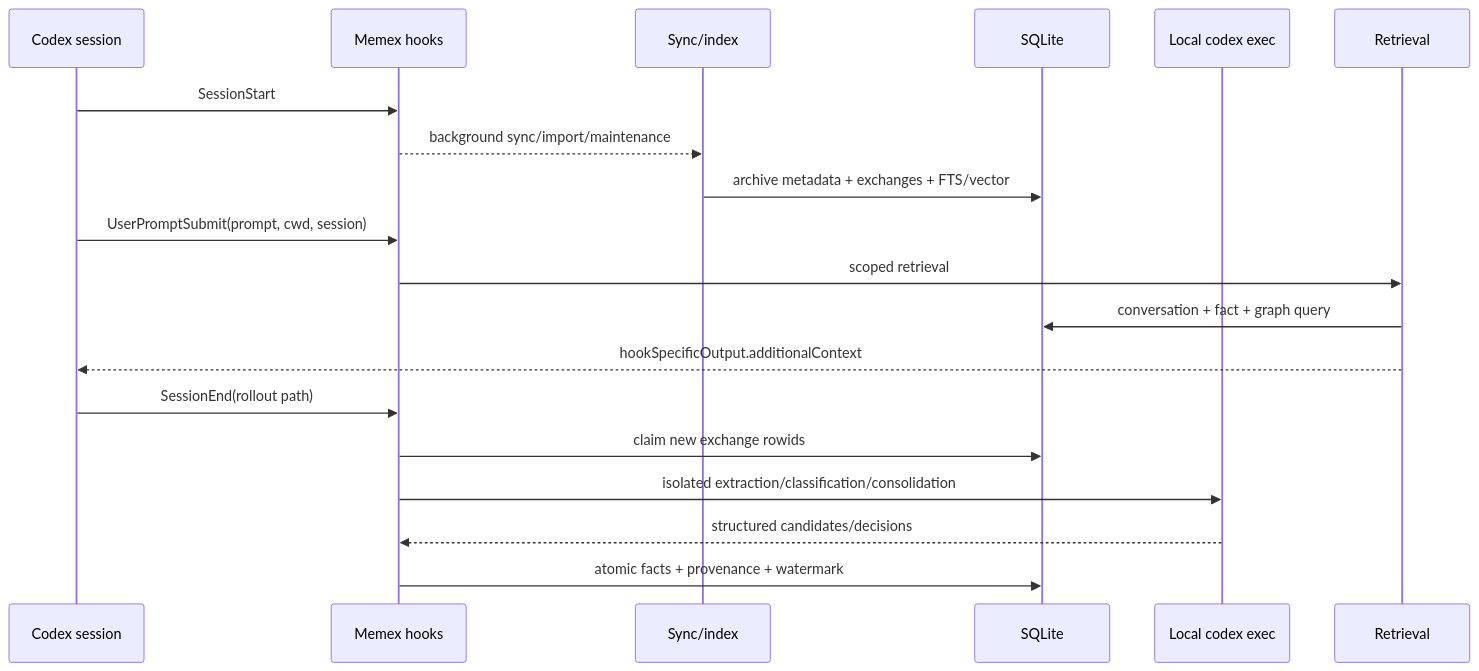
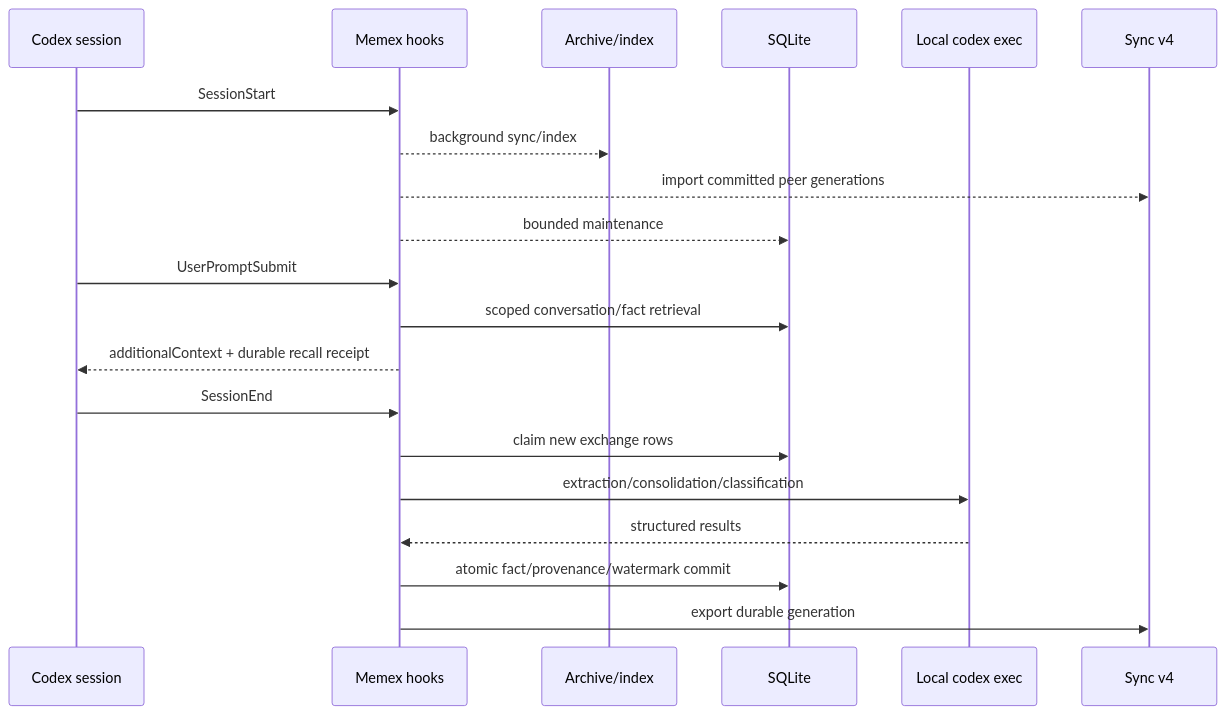
The second of 2 diagrams in docs/ARCHITECTURE.md (BongSuCHOI/memex), drawn with Mermaid before and after one commit. The commit also changed other lines of this file and 21 other files, not shown here.

````diff
--- a/docs/ARCHITECTURE.md
+++ b/docs/ARCHITECTURE.md
@@ -90,22 +150,25 @@
 ```mermaid
 sequenceDiagram
     participant C as Codex session
     participant H as Memex hooks
-    participant S as Sync/index
+    participant A as Archive/index
     participant D as SQLite
     participant L as Local codex exec
-    participant R as Retrieval
+    participant S as Sync v4
 
     C->>H: SessionStart
-    H-->>S: background sync/import/maintenance
-    S->>D: archive metadata + exchanges + FTS/vector
-    C->>H: UserPromptSubmit(prompt, cwd, session)
-    H->>R: scoped retrieval
-    R->>D: conversation + fact + graph query
-    R-->>C: hookSpecificOutput.additionalContext
-    C->>H: SessionEnd(rollout path)
-    H->>D: claim new exchange rowids
-    H->>L: isolated extraction/classification/consolidation
-    L-->>H: structured candidates/decisions
-    H->>D: atomic facts + provenance + watermark
+    H-->>A: background sync/index
+    H-->>S: import committed peer generations
+    H-->>D: bounded maintenance
+
+    C->>H: UserPromptSubmit
+    H->>D: scoped conversation/fact retrieval
+    H-->>C: additionalContext + durable recall receipt
+
+    C->>H: SessionEnd
+    H->>D: claim new exchange rows
+    H->>L: extraction/consolidation/classification
+    L-->>H: structured results
+    H->>D: atomic fact/provenance/watermark commit
+    H->>S: export durable generation
 ```
````
